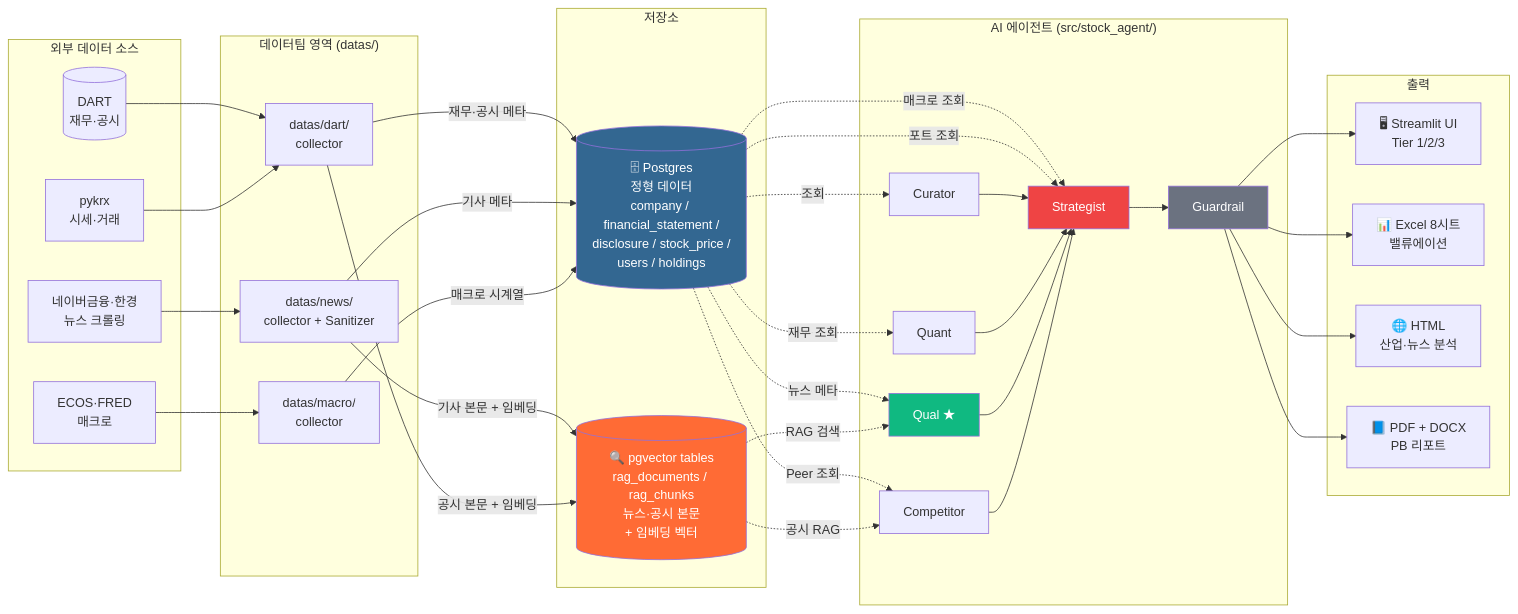
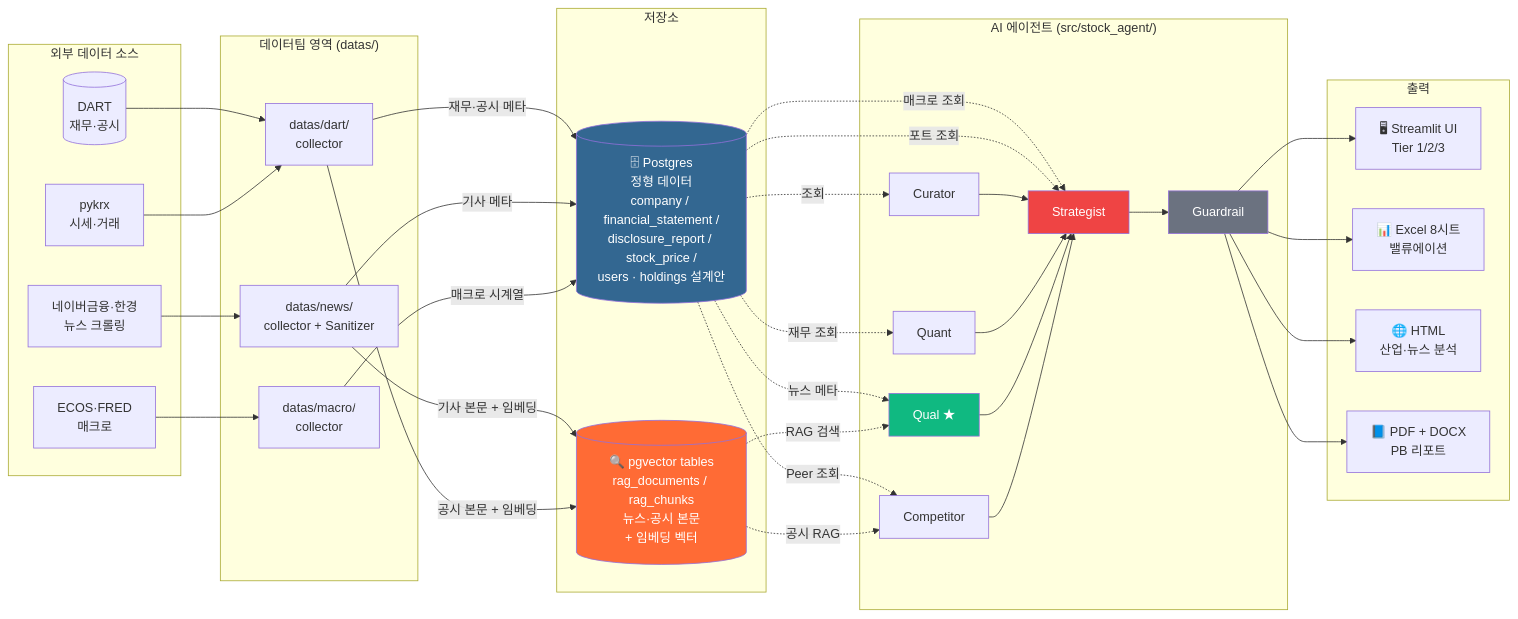
One commit to mygithub05253/stock-agent changed the third of 6 diagrams in docs/architecture/system_flow.md. Above: the diagram before and after it, drawn with Mermaid. The commit also changed 2 other files, not shown here.

Commit message:
📝 Docs: ERD 테이블명 실제 SQL과 정합 (강사 #4 코드 우선)
강사 #4 피드백("ERD ↔ 실제 SQL 불일치, 코드 우선 감점") 반영. 실제
db/init/ DDL과 대조해 구 표기를 정정하고 미구현 테이블을 명시한다.

- financial_data → financial_statement (erd.md 사용처표·footer,
  system_architecture_dashboard.html 엔티티·에이전트 배열·테이블목록,
  system_flow.md 저장소 노드)
- disclosure → disclosure_report (동일 범위)
- erd.md에 "0.1 구현 상태(코드 기준)" 정합표 신설: 각 테이블의 db/init
  존재 여부·정의 위치를 코드 기준으로 표기, 상충 시 SQL 우선 명시
- 미구현 명시: financial_ratio(3.4 설계안·DDL 미작성), users·holdings·
  analysis_history(런타임 Pydantic만) — mermaid·요약·html에 표기
- erd.md 버전 v0.1→v0.2 + 코드 정합 이력 메타 추가

검증: docs/architecture 전체에서 financial_data·단독 disclosure 테이블
참조 0건(source_type 값 enumeration 제외), mermaid 코드펜스 균형 확인.

````diff
--- a/docs/architecture/system_flow.md
+++ b/docs/architecture/system_flow.md
@@ -148,73 +148,73 @@
 ```mermaid
 flowchart LR
     subgraph "외부 데이터 소스"
         DART[(DART<br/>재무·공시)]
         PYKRX[pykrx<br/>시세·거래]
         NAVER[네이버금융·한경<br/>뉴스 크롤링]
         ECOS[ECOS·FRED<br/>매크로]
     end
 
     subgraph "데이터팀 영역 (datas/)"
         DC[datas/dart/<br/>collector]
         PC[datas/news/<br/>collector + Sanitizer]
         MC[datas/macro/<br/>collector]
     end
 
     DART --> DC
     PYKRX --> DC
     NAVER --> PC
     ECOS --> MC
 
     subgraph "저장소"
-        PG[(🗄 Postgres<br/>정형 데이터<br/>company / financial_statement /<br/>disclosure / stock_price /<br/>users / holdings)]
+        PG[(🗄 Postgres<br/>정형 데이터<br/>company / financial_statement /<br/>disclosure_report / stock_price /<br/>users · holdings 설계안)]
         VEC[(🔍 pgvector tables<br/>rag_documents / rag_chunks<br/>뉴스·공시 본문<br/>+ 임베딩 벡터)]
     end
 
     DC -->|재무·공시 메타| PG
     PC -->|기사 메타| PG
     PC -->|기사 본문 + 임베딩| VEC
     DC -->|공시 본문 + 임베딩| VEC
     MC -->|매크로 시계열| PG
 
     subgraph "AI 에이전트 (src/stock_agent/)"
         CUR[Curator]
         QNT[Quant]
         QAL[Qual ★]
         CMP[Competitor]
         STR[Strategist]
         GRD[Guardrail]
     end
 
     PG -.조회.-> CUR
     PG -.재무 조회.-> QNT
     PG -.뉴스 메타.-> QAL
     VEC -.RAG 검색.-> QAL
     PG -.Peer 조회.-> CMP
     VEC -.공시 RAG.-> CMP
     PG -.매크로 조회.-> STR
     PG -.포트 조회.-> STR
 
     CUR --> STR
     QNT --> STR
     QAL --> STR
     CMP --> STR
     STR --> GRD
 
     subgraph "출력"
         UI[🖥 Streamlit UI<br/>Tier 1/2/3]
         XLS[📊 Excel 8시트<br/>밸류에이션]
         HTM[🌐 HTML<br/>산업·뉴스 분석]
         PDF[📘 PDF + DOCX<br/>PB 리포트]
     end
 
     GRD --> UI
     GRD --> XLS
     GRD --> HTM
     GRD --> PDF
 
     style QAL fill:#10b981,color:#fff
     style STR fill:#ef4444,color:#fff
     style GRD fill:#6b7280,color:#fff
     style PG fill:#336791,color:#fff
     style VEC fill:#ff6b35,color:#fff
 ```
````
